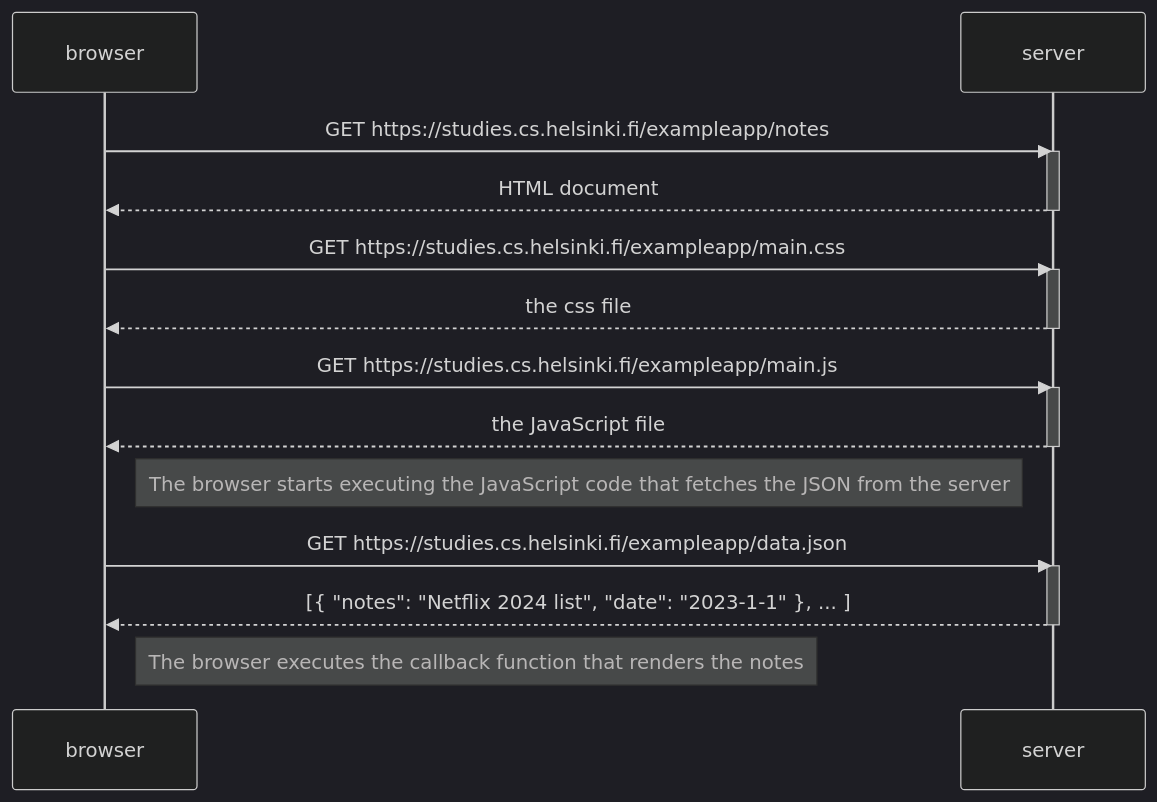
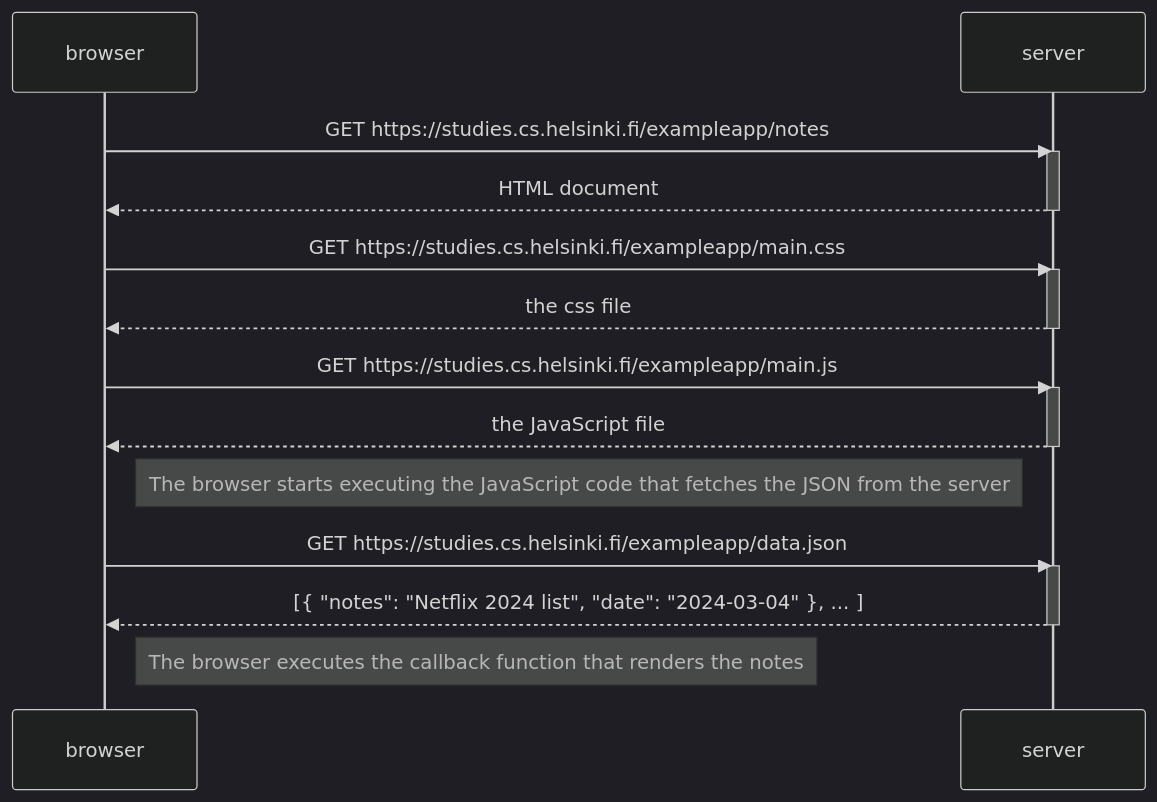
Before and after one commit to shabiraputri/Excercise-Assignment-web-development: the diagram in 0.4.md, drawn with Mermaid (dark theme).

````diff
--- a/0.4.md
+++ b/0.4.md
@@ -1,30 +1,30 @@
 ```mermaid
 
     sequenceDiagram
     participant browser
     participant server
 
     browser->>server: GET https://studies.cs.helsinki.fi/exampleapp/notes
     activate server
     server-->>browser: HTML document
     deactivate server
 
     browser->>server: GET https://studies.cs.helsinki.fi/exampleapp/main.css
     activate server
     server-->>browser: the css file
     deactivate server
 
     browser->>server: GET https://studies.cs.helsinki.fi/exampleapp/main.js
     activate server
     server-->>browser: the JavaScript file
     deactivate server
 
     Note right of browser: The browser starts executing the JavaScript code that fetches the JSON from the server
 
     browser->>server: GET https://studies.cs.helsinki.fi/exampleapp/data.json
     activate server
-    server-->>browser: [{ "notes": "Netflix 2024 list", "date": "2023-1-1" }, ... ]
+    server-->>browser: [{ "notes": "Netflix 2024 list", "date": "2024-03-04" }, ... ]
     deactivate server
 
     Note right of browser: The browser executes the callback function that renders the notes
 ```
````
